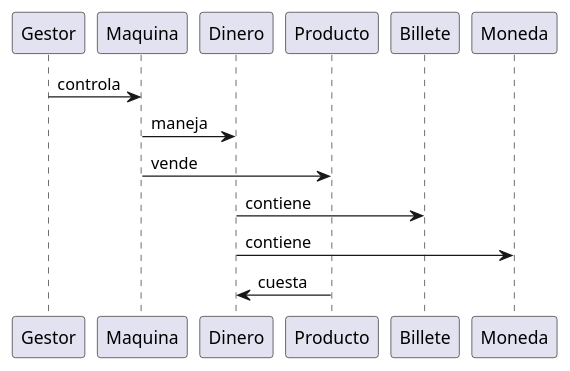
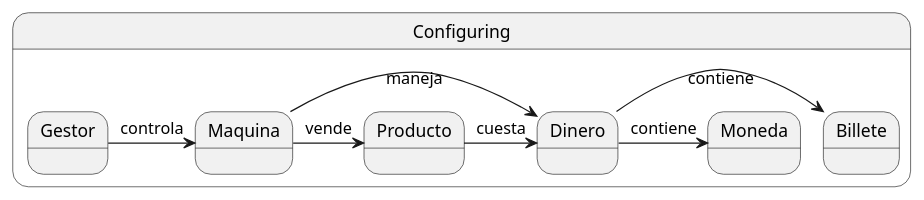
One commit to mmasias/IdSw2-22-23 changed the diagram in Grupo2/diagrama-de-colaboracion/diagrama-colaboracion.plantuml. Above: the diagram before and after it, drawn with PlantUML.

```diff
--- a/Grupo2/diagrama-de-colaboracion/diagrama-colaboracion.plantuml
+++ b/Grupo2/diagrama-de-colaboracion/diagrama-colaboracion.plantuml
@@ -1,12 +1,13 @@
-@startuml diagrama-de-colaboracion
+@startuml 
+state Configuring {
+Gestor -> Maquina : controla
 
-Gestor -> Maquina : controla
 Maquina -> Dinero : maneja
 Maquina -> Producto : vende
 
 Dinero -> Billete : contiene
 Dinero -> Moneda : contiene
 
 Producto -> Dinero: cuesta
-
+}
 @enduml
```
